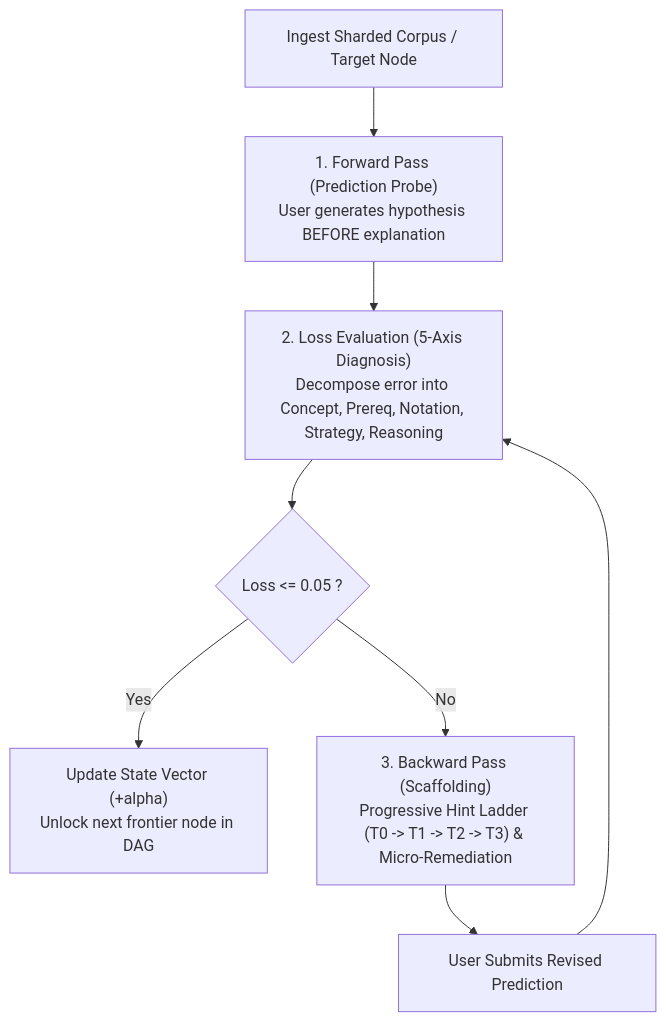
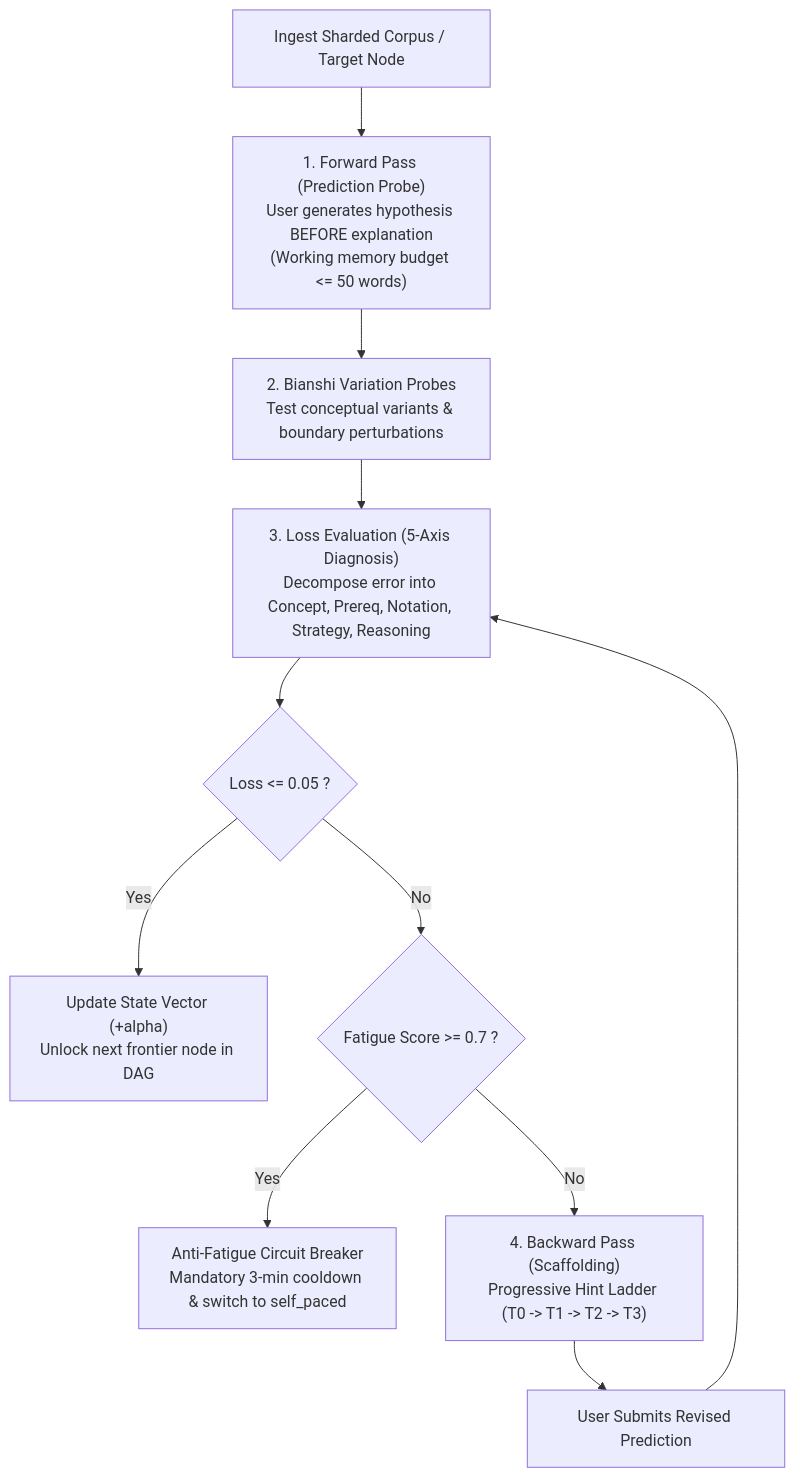
Before and after one commit to ihkaru/human-gradient-descent: the diagram in SKILL.md, drawn with Mermaid. The commit also changed other lines of this file and 33 other files, not shown here.

Commit message:
feat: implement domain-agnostic bianshi variation engine, anti-fatigue governor, and updated arc42 architecture

````diff
--- a/SKILL.md
+++ b/SKILL.md
@@ -23,10 +23,13 @@
 ```mermaid
 flowchart TD
-    Start["Ingest Sharded Corpus / Target Node"] --> FP["1. Forward Pass (Prediction Probe)\nUser generates hypothesis BEFORE explanation"]
-    FP --> Eval["2. Loss Evaluation (5-Axis Diagnosis)\nDecompose error into Concept, Prereq, Notation, Strategy, Reasoning"]
+    Start["Ingest Sharded Corpus / Target Node"] --> FP["1. Forward Pass (Prediction Probe)\nUser generates hypothesis BEFORE explanation\n(Working memory budget <= 50 words)"]
+    FP --> BV["2. Bianshi Variation Probes\nTest conceptual variants & boundary perturbations"]
+    BV --> Eval["3. Loss Evaluation (5-Axis Diagnosis)\nDecompose error into Concept, Prereq, Notation, Strategy, Reasoning"]
     Eval --> Check{"Loss <= 0.05 ?"}
     Check -- Yes --> Update["Update State Vector (+alpha)\nUnlock next frontier node in DAG"]
-    Check -- No --> BP["3. Backward Pass (Scaffolding)\nProgressive Hint Ladder (T0 -> T1 -> T2 -> T3) & Micro-Remediation"]
+    Check -- No --> Safety{"Fatigue Score >= 0.7 ?"}
+    Safety -- Yes --> Cooldown["Anti-Fatigue Circuit Breaker\nMandatory 3-min cooldown & switch to self_paced"]
+    Safety -- No --> BP["4. Backward Pass (Scaffolding)\nProgressive Hint Ladder (T0 -> T1 -> T2 -> T3)"]
     BP --> Retry["User Submits Revised Prediction"]
     Retry --> Eval
 ```
````
